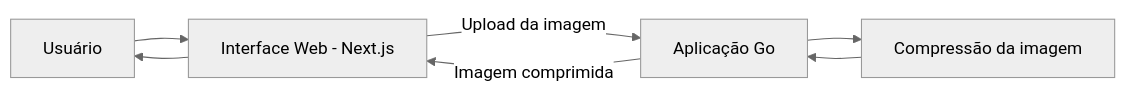
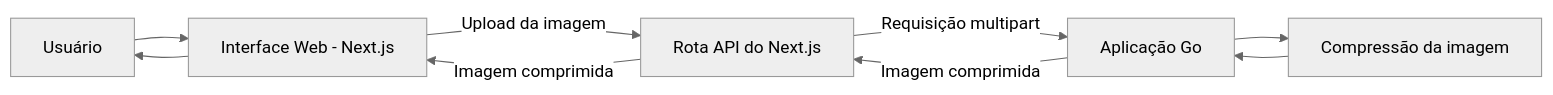
One commit to juniocr26/go-image-optimizer changed the diagram in README.pt-BR.md. Above: the diagram before and after it, drawn with Mermaid (neutral theme). The commit also changed other lines of this file and 15 other files, not shown here.

````diff
--- a/README.pt-BR.md
+++ b/README.pt-BR.md
@@ -61,9 +61,11 @@
 ```mermaid
 flowchart LR
     U[Usuário] --> F[Interface Web - Next.js]
-    F -->|Upload da imagem| API[Aplicação Go]
+    F -->|Upload da imagem| N[Rota API do Next.js]
+    N -->|Requisição multipart| API[Aplicação Go]
     API --> C[Compressão da imagem]
     C --> API
-    API -->|Imagem comprimida| F
+    API -->|Imagem comprimida| N
+    N -->|Imagem comprimida| F
     F --> U
 ```
````
